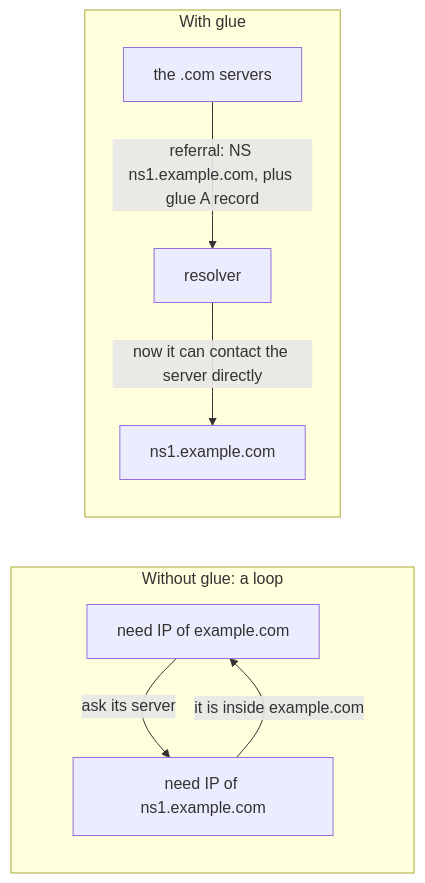
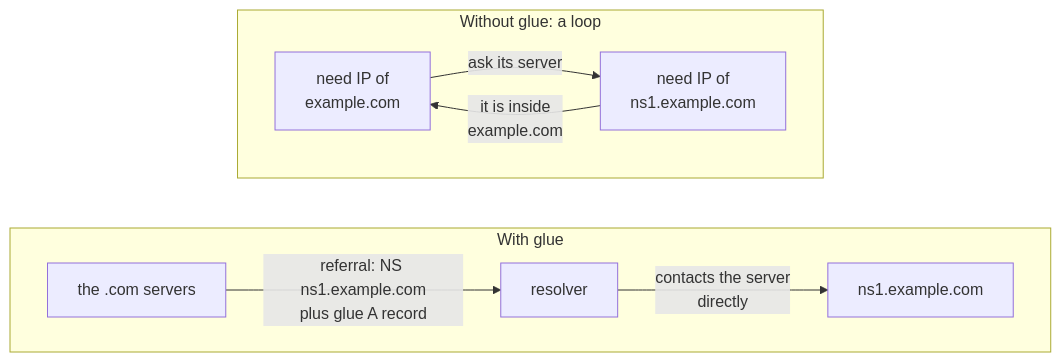
Before and after one commit to FahimMashroor/Chalmers_CSC: the tenth of 41 diagrams in EDA387-Computer-Networks/02-DNS.md, drawn with Mermaid. The commit also changed other lines of this file, not shown here.

Commit message:
Rewrite 02 DNS in simple language with examples and diagrams

````diff
--- a/EDA387-Computer-Networks/02-DNS.md
+++ b/EDA387-Computer-Networks/02-DNS.md
@@ -372,11 +526,14 @@
 ```mermaid
-flowchart LR
+flowchart TB
   subgraph loop["Without glue: a loop"]
-    q1["need IP of example.com"] -->|"ask its server"| q2["need IP of ns1.example.com"]
-    q2 -->|"it is inside example.com"| q1
+    direction LR
+    q1["need IP of<br/>example.com"] -->|"ask its server"| q2["need IP of<br/>ns1.example.com"]
+    q2 -->|"it is inside<br/>example.com"| q1
   end
   subgraph fix["With glue"]
-    p["the .com servers"] -->|"referral: NS ns1.example.com, plus glue A record"| r["resolver"]
-    r -->|"now it can contact the server directly"| n["ns1.example.com"]
+    direction LR
+    p["the .com servers"] -->|"referral: NS ns1.example.com<br/>plus glue A record"| r["resolver"]
+    r -->|"contacts the server<br/>directly"| n["ns1.example.com"]
   end
+  loop ~~~ fix
 ```
````
